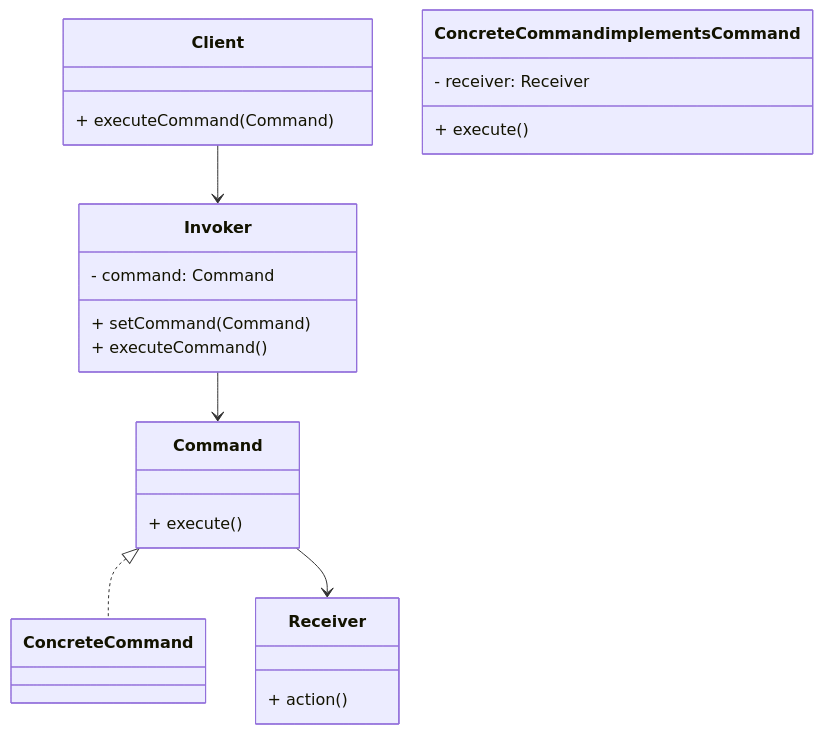
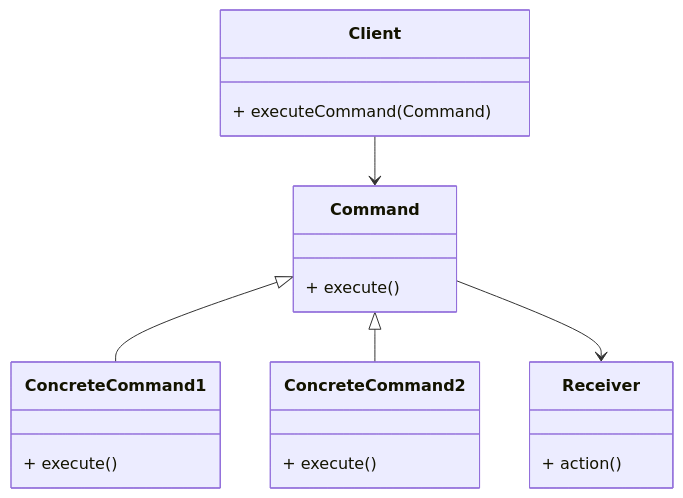
The diagram in md/design_pattern_Command.md (skynoid2612/design-patterns-for-clean-architecture), drawn with Mermaid before and after one commit. The commit also changed other lines of this file and 23 other files, not shown here.

````diff
--- a/md/design_pattern_Command.md
+++ b/md/design_pattern_Command.md
@@ -36,25 +35,22 @@
 ```mermaid
 classDiagram
-    class Client {
-        + executeCommand(Command)
-    }
-    class Command {
-        + execute()
-    }
-    class ConcreteCommand implements Command {
-        - receiver: Receiver
-        + execute()
-    }
-    class Receiver {
-        + action()
-    }
-    class Invoker {
-        - command: Command
-        + setCommand(Command)
-        + executeCommand()
-    }
-    Client --> Invoker
-    Invoker --> Command
-    Command <|.. ConcreteCommand
-    Command --> Receiver
+  class Client {
+    + executeCommand(Command)
+  }
+  class Command {
+    + execute()
+  }
+  class ConcreteCommand1 {
+    + execute()
+  }
+  class ConcreteCommand2 {
+    + execute()
+  }
+  class Receiver {
+    + action()
+  }
+  Client --> Command
+  Command <|-- ConcreteCommand1
+  Command <|-- ConcreteCommand2
+  Command --> Receiver
 ```
````
